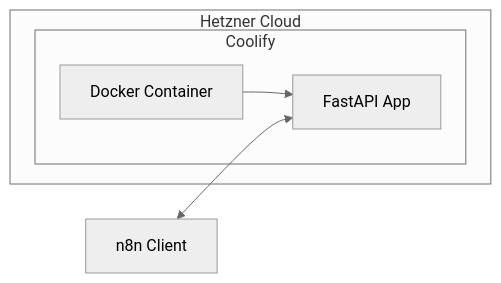
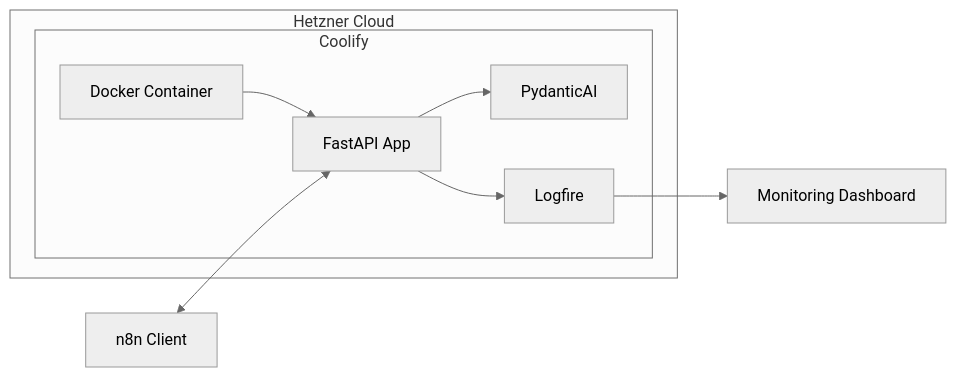
One commit to Ferymad/fastapi-pydantic changed the third of 3 diagrams in masterplan.md. Above: the diagram before and after it, drawn with Mermaid (neutral theme). The commit also changed other lines of this file and 12 other files, not shown here.

Commit message:
Enhance AI Output Validation Service with PydanticAI integration and improved monitoring. Added support for semantic validation, updated README and documentation, and refined API endpoints. Updated requirements for new dependencies.

````diff
--- a/masterplan.md
+++ b/masterplan.md
@@ -129,10 +201,13 @@
 ```mermaid
 flowchart LR
     subgraph "Hetzner Cloud"
         subgraph "Coolify"
             Docker["Docker Container"] --> App["FastAPI App"]
+            App --> PydanticAI["PydanticAI"]
+            App --> Logfire["Logfire"]
         end
     end
     
     Client["n8n Client"] <--> App
+    Logfire --> Dashboard["Monitoring Dashboard"]
 ```
````
